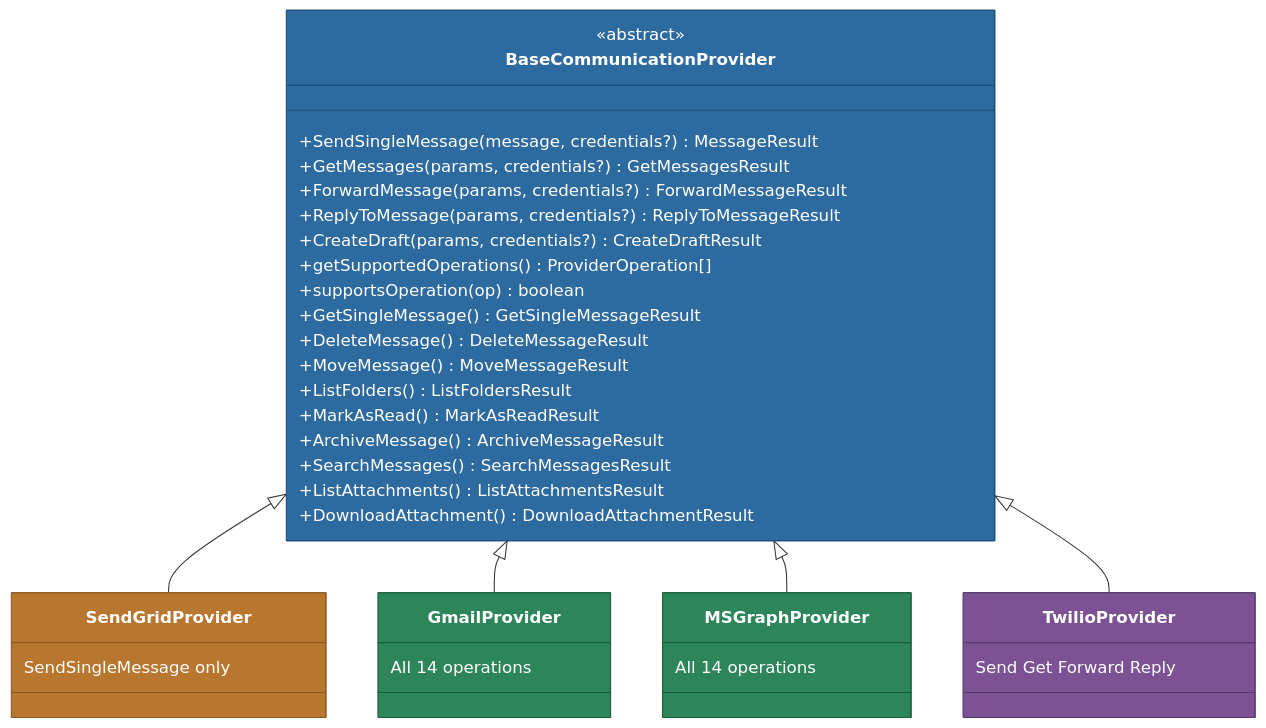
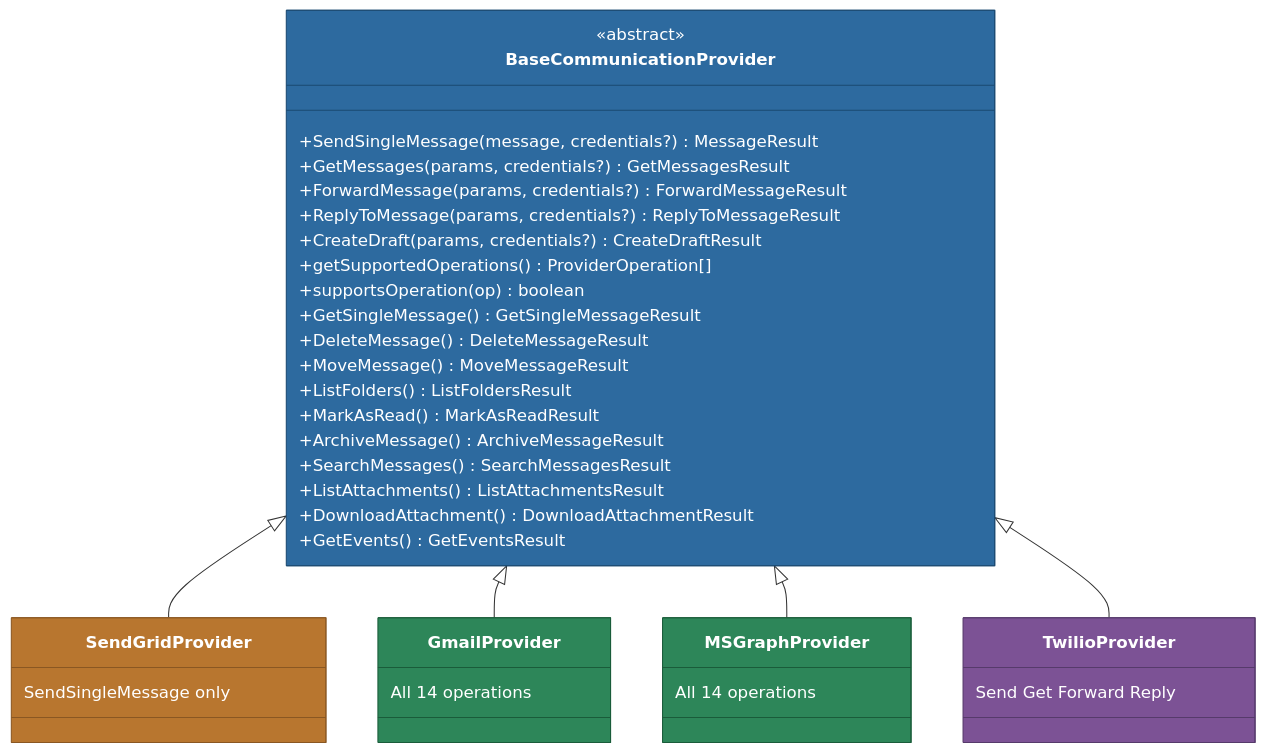
The second of 2 diagrams in packages/Communication/base-types/README.md (MemberJunction/MJ), drawn with Mermaid before and after one commit. The commit also changed other lines of this file and 9 other files, not shown here.

````diff
--- a/packages/Communication/base-types/README.md
+++ b/packages/Communication/base-types/README.md
@@ -69,46 +69,47 @@
 ```mermaid
 classDiagram
     class BaseCommunicationProvider {
         <<abstract>>
         +SendSingleMessage(message, credentials?) MessageResult
         +GetMessages(params, credentials?) GetMessagesResult
         +ForwardMessage(params, credentials?) ForwardMessageResult
         +ReplyToMessage(params, credentials?) ReplyToMessageResult
         +CreateDraft(params, credentials?) CreateDraftResult
         +getSupportedOperations() ProviderOperation[]
         +supportsOperation(op) boolean
         +GetSingleMessage() GetSingleMessageResult
         +DeleteMessage() DeleteMessageResult
         +MoveMessage() MoveMessageResult
         +ListFolders() ListFoldersResult
         +MarkAsRead() MarkAsReadResult
         +ArchiveMessage() ArchiveMessageResult
         +SearchMessages() SearchMessagesResult
         +ListAttachments() ListAttachmentsResult
         +DownloadAttachment() DownloadAttachmentResult
+        +GetEvents() GetEventsResult
     }
 
     class SendGridProvider {
         SendSingleMessage only
     }
     class GmailProvider {
         All 14 operations
     }
     class MSGraphProvider {
         All 14 operations
     }
     class TwilioProvider {
         Send Get Forward Reply
     }
 
     BaseCommunicationProvider <|-- SendGridProvider
     BaseCommunicationProvider <|-- GmailProvider
     BaseCommunicationProvider <|-- MSGraphProvider
     BaseCommunicationProvider <|-- TwilioProvider
 
     style BaseCommunicationProvider fill:#2d6a9f,stroke:#1a4971,color:#fff
     style SendGridProvider fill:#b8762f,stroke:#8a5722,color:#fff
     style GmailProvider fill:#2d8659,stroke:#1a5c3a,color:#fff
     style MSGraphProvider fill:#2d8659,stroke:#1a5c3a,color:#fff
     style TwilioProvider fill:#7c5295,stroke:#563a6b,color:#fff
 ```
````
